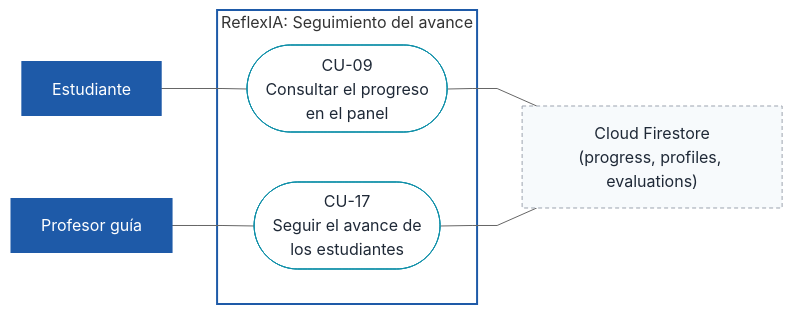
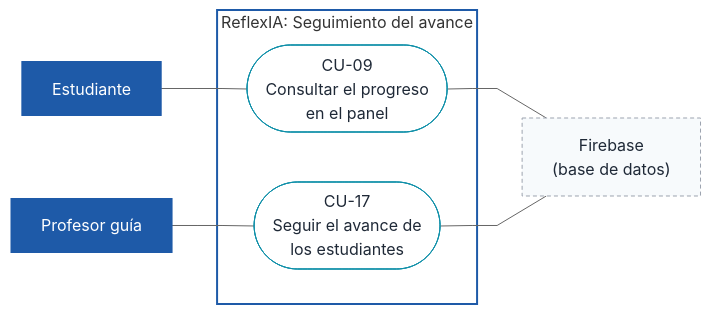
The fifth of 7 diagrams in docs/especificacion/09-diagramas-casos-de-uso.md (gvbr-iel/reflexIA), drawn with Mermaid before and after one commit. The commit also changed other lines of this file and 21 other files, not shown here.

````diff
--- a/docs/especificacion/09-diagramas-casos-de-uso.md
+++ b/docs/especificacion/09-diagramas-casos-de-uso.md
@@ -185,22 +188,22 @@
 ```mermaid
 %%{init: {"theme":"neutral","flowchart":{"curve":"linear"}}}%%
 flowchart LR
   est["Estudiante"]:::actor
   doc["Profesor guía"]:::actor
-  fs["Cloud Firestore<br/>(progress, profiles, evaluations)"]:::ext
+  fs["Firebase<br/>(base de datos)"]:::ext
 
   subgraph SIS["ReflexIA: Seguimiento del avance"]
     CU09(["CU-09<br/>Consultar el progreso<br/>en el panel"]):::uc
     CU17(["CU-17<br/>Seguir el avance de<br/>los estudiantes"]):::uc
   end
 
   est --- CU09
   doc --- CU17
   CU09 --- fs
   CU17 --- fs
 
   style SIS fill:none,stroke:#1E5AA8,stroke-width:2px
   classDef actor fill:#1E5AA8,stroke:#1E5AA8,color:#ffffff;
   classDef ext fill:#F7FAFC,stroke:#9CA3AF,color:#1F2937,stroke-dasharray:4 3;
   classDef uc fill:#ffffff,stroke:#0F8FA8,color:#1F2937;
 ```
````
